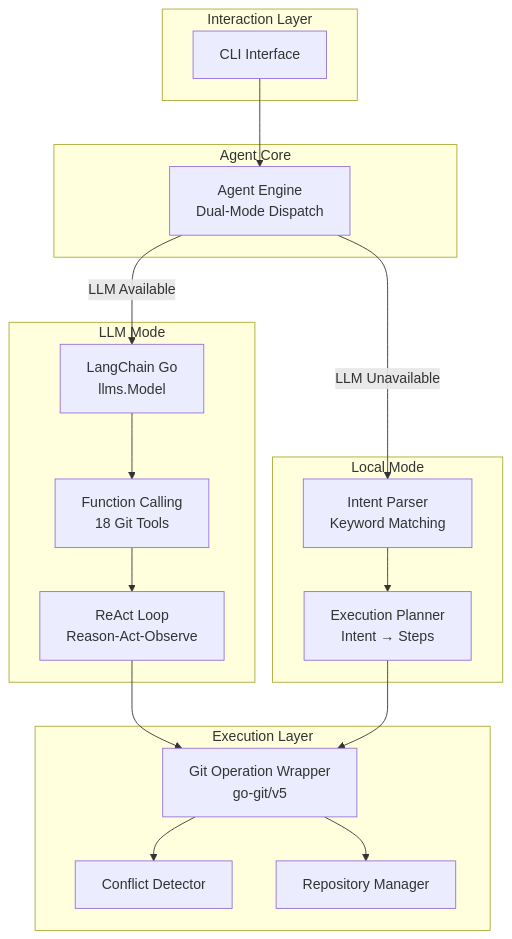
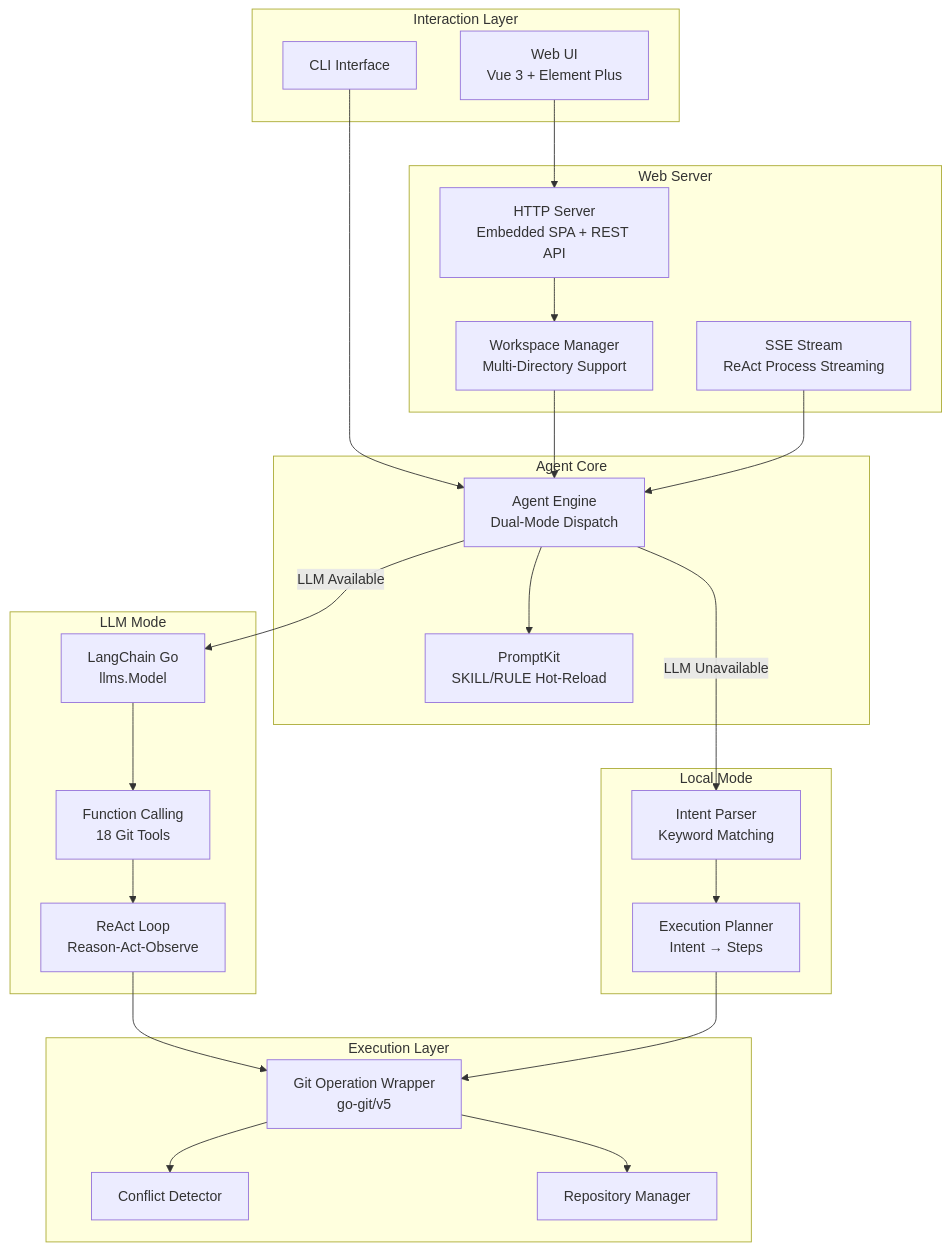
One commit to jackz-jones/git-agent changed the first of 4 diagrams in README.md. Above: the diagram before and after it, drawn with Mermaid. The commit also changed other lines of this file and 56 other files, not shown here.

Commit message:
feat: add web UI with Vue frontend and Go HTTP backend for browser-based git workspace management

````diff
--- a/README.md
+++ b/README.md
@@ -30,38 +36,51 @@
 ```mermaid
 graph TB
     subgraph interaction[Interaction Layer]
         CLI[CLI Interface]
+        WebUI[Web UI<br/>Vue 3 + Element Plus]
+    end
+
+    subgraph web_server[Web Server]
+        HTTP[HTTP Server<br/>Embedded SPA + REST API]
+        SSE[SSE Stream<br/>ReAct Process Streaming]
+        WS_MGR[Workspace Manager<br/>Multi-Directory Support]
     end
 
     subgraph core[Agent Core]
         AgentCore[Agent Engine<br/>Dual-Mode Dispatch]
+        PromptKit[PromptKit<br/>SKILL/RULE Hot-Reload]
     end
 
     subgraph llm_mode[LLM Mode]
         LC[LangChain Go<br/>llms.Model]
         FC[Function Calling<br/>18 Git Tools]
         ReAct[ReAct Loop<br/>Reason-Act-Observe]
     end
 
     subgraph local_mode[Local Mode]
         Interpreter[Intent Parser<br/>Keyword Matching]
         Planner[Execution Planner<br/>Intent → Steps]
     end
 
     subgraph execution[Execution Layer]
         GitWrapper[Git Operation Wrapper<br/>go-git/v5]
         ConflictDetector[Conflict Detector]
         RepoManager[Repository Manager]
     end
 
     CLI --> AgentCore
+    WebUI --> HTTP
+    HTTP --> WS_MGR
+    WS_MGR --> AgentCore
+    SSE --> AgentCore
+    AgentCore --> PromptKit
     AgentCore -->|LLM Available| LC
     LC --> FC
     FC --> ReAct
     AgentCore -->|LLM Unavailable| Interpreter
     Interpreter --> Planner
     ReAct --> GitWrapper
     Planner --> GitWrapper
     GitWrapper --> ConflictDetector
     GitWrapper --> RepoManager
 ```
````
